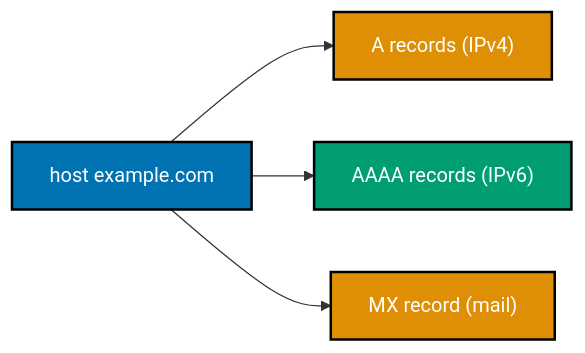
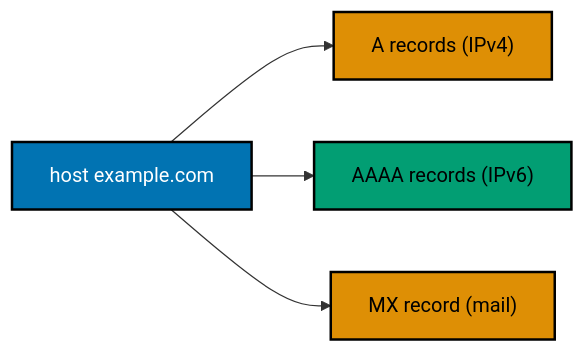
Before and after one commit to wahidyankf/ose-public: the eighth of 11 diagrams in apps/ayokoding-www/content/en/learn/courses/networking-essentials/learning/beginner.md, drawn with Mermaid. The commit also changed other lines of this file and 145 other files, not shown here.

First line of the commit message:
fix(mermaid): bring the second half of the courses diagrams onto the accessible palette

````diff
--- a/apps/ayokoding-www/content/en/learn/courses/networking-essentials/learning/beginner.md
+++ b/apps/ayokoding-www/content/en/learn/courses/networking-essentials/learning/beginner.md
@@ -730,11 +751,14 @@
 ```mermaid
 %% Color Palette: Blue #0173B2, Orange #DE8F05, Teal #029E73
 graph LR
+    accTitle: Example 19: The host Command
+    accDescr: Graph with 4 nodes and 3 connections. Nodes: host example.com, A records (IPv4), AAAA records (IPv6), MX record (mail). Connections: host example.com to A records (IPv4), host example.com to AAAA records (IPv6), host example.com to MX record (mail).
     A["host example.com"]:::blue --> B["A records (IPv4)"]:::orange
     A --> C["AAAA records (IPv6)"]:::teal
     A --> D["MX record (mail)"]:::orange
 
     classDef blue fill:#0173B2,stroke:#000000,color:#FFFFFF,stroke-width:2px
-    classDef orange fill:#DE8F05,stroke:#000000,color:#FFFFFF,stroke-width:2px
-    classDef teal fill:#029E73,stroke:#000000,color:#FFFFFF,stroke-width:2px
+    classDef orange fill:#DE8F05,stroke:#000000,color:#000000,stroke-width:2px
+    classDef teal fill:#029E73,stroke:#000000,color:#000000,stroke-width:2px
+    classDef default fill:#FFFFFF,stroke:#000000,color:#000000
 ```
````
